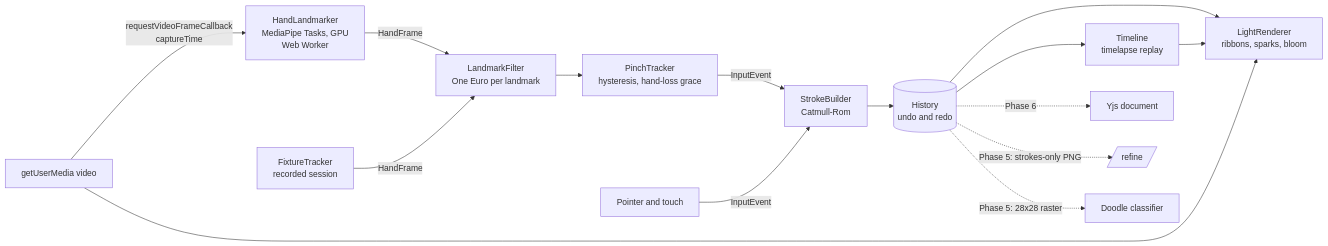
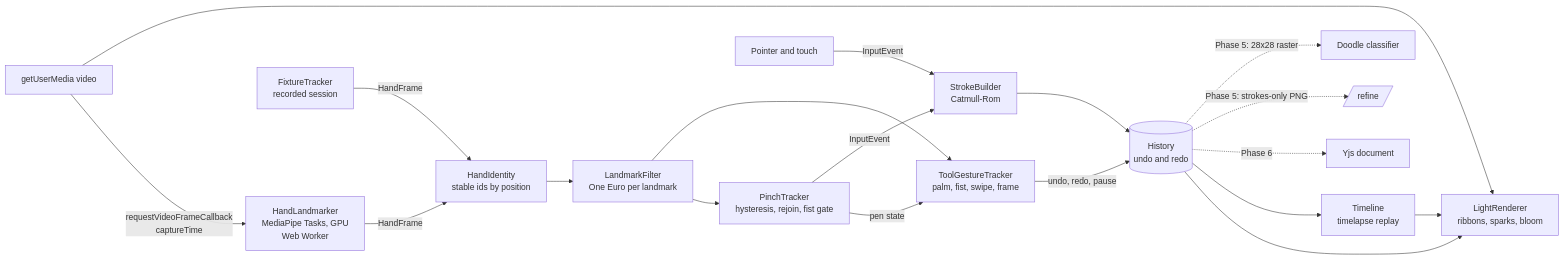
One commit to vatsalp2008/Afterglow changed the second of 2 diagrams in docs/architecture.md. Above: the diagram before and after it, drawn with Mermaid. The commit also changed other lines of this file and 3 other files, not shown here.

````diff
--- a/docs/architecture.md
+++ b/docs/architecture.md
@@ -36,16 +36,20 @@
 ```mermaid
 flowchart LR
   CAM[getUserMedia video] -->|requestVideoFrameCallback<br/>captureTime| TRK[HandLandmarker<br/>MediaPipe Tasks, GPU<br/>Web Worker]
-  TRK -->|HandFrame| FLT[LandmarkFilter<br/>One Euro per landmark]
-  FLT --> GST[PinchTracker<br/>hysteresis, hand-loss grace]
-  FIX[FixtureTracker<br/>recorded session] -->|HandFrame| FLT
+  TRK -->|HandFrame| IDN[HandIdentity<br/>stable ids by position]
+  FIX[FixtureTracker<br/>recorded session] -->|HandFrame| IDN
+  IDN --> FLT[LandmarkFilter<br/>One Euro per landmark]
+  FLT --> GST[PinchTracker<br/>hysteresis, rejoin, fist gate]
+  FLT --> TOOL[ToolGestureTracker<br/>palm, fist, swipe, frame]
+  GST -->|pen state| TOOL
   PTR[Pointer and touch] -->|InputEvent| ENG
   GST -->|InputEvent| ENG[StrokeBuilder<br/>Catmull-Rom]
+  TOOL -->|undo, redo, pause| STORE
   ENG --> STORE[(History<br/>undo and redo)]
   STORE --> REN[LightRenderer<br/>ribbons, sparks, bloom]
   CAM --> REN
   STORE --> TL[Timeline<br/>timelapse replay] --> REN
   STORE -.->|Phase 6| COLLAB[Yjs document]
   STORE -.->|Phase 5: strokes-only PNG| API[/refine/]
   STORE -.->|Phase 5: 28x28 raster| ONNX[Doodle classifier]
 ```
````
